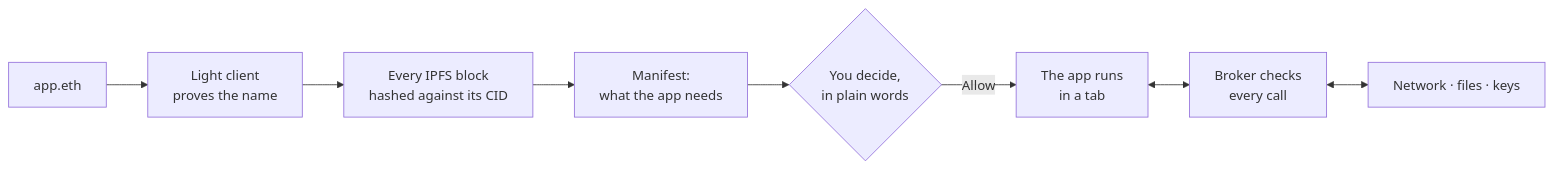
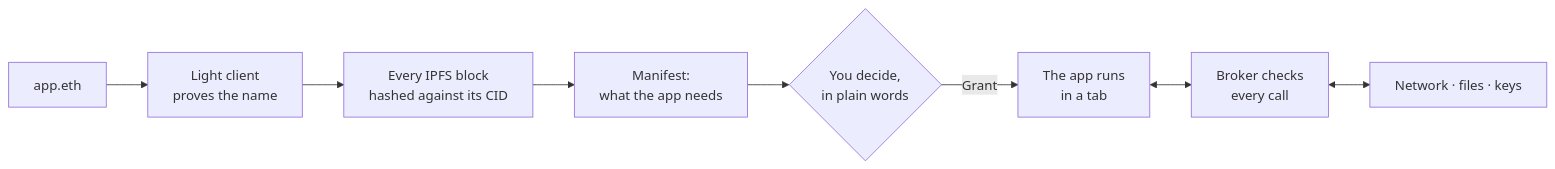
One commit to OrivonBrowser/orivon-mvp changed the diagram in README.md. Above: the diagram before and after it, drawn with Mermaid. The commit also changed 9 other files, not shown here.

Commit message:
Say Grant all and Close, not Allow and Deny, where the first-visit question is described

````diff
--- a/README.md
+++ b/README.md
@@ -163,10 +163,10 @@
 ```mermaid
 flowchart LR
     A["app.eth"] --> B["Light client<br/>proves the name"]
     B --> C["Every IPFS block<br/>hashed against its CID"]
     C --> D["Manifest:<br/>what the app needs"]
     D --> E{"You decide,<br/>in plain words"}
-    E -- Allow --> F["The app runs<br/>in a tab"]
+    E -- Grant --> F["The app runs<br/>in a tab"]
     F <--> G["Broker checks<br/>every call"]
     G <--> H["Network · files · keys"]
 ```
````
